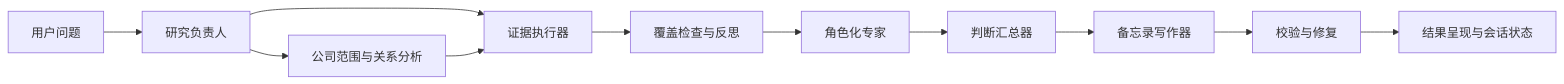
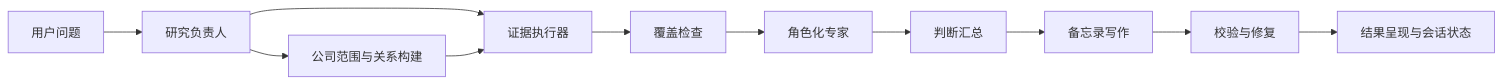
The diagram in README.md (William-Huang274/FIN_Insight_Agent), drawn with Mermaid before and after one commit. The commit also changed other lines of this file and 17 other files, not shown here.

Commit message:
Docs: add public architecture and eval docs

````diff
--- a/README.md
+++ b/README.md
@@ -51,13 +64,13 @@
 ```mermaid
 flowchart LR
   A["用户问题"] --> B["研究负责人"]
-  B --> C["公司范围与关系分析"]
+  B --> C["公司范围与关系构建"]
   B --> D["证据执行器"]
   C --> D
-  D --> E["覆盖检查与反思"]
+  D --> E["覆盖检查"]
   E --> F["角色化专家"]
-  F --> G["判断汇总器"]
-  G --> H["备忘录写作器"]
+  F --> G["判断汇总"]
+  G --> H["备忘录写作"]
   H --> I["校验与修复"]
   I --> J["结果呈现与会话状态"]
 ```
````
